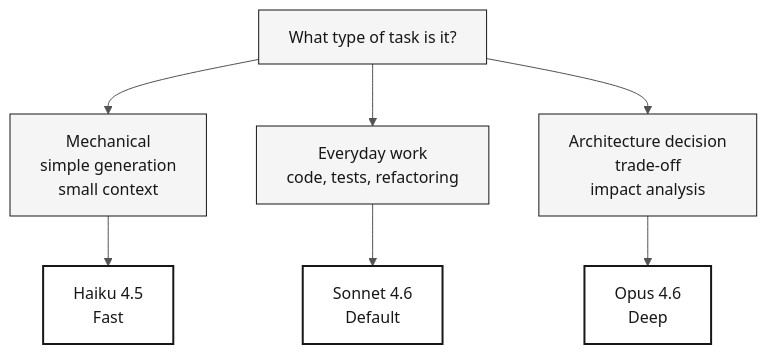
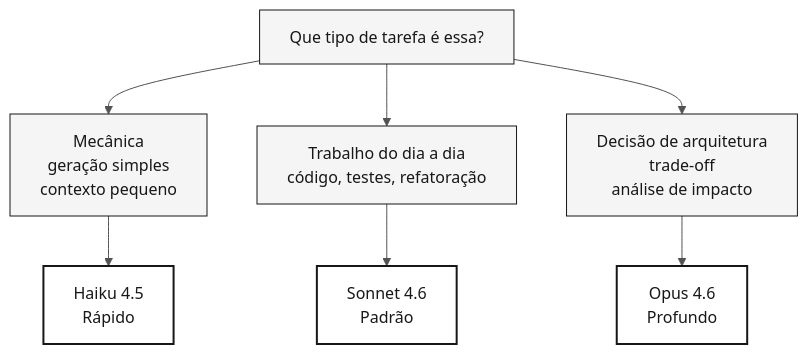
The diagram in 09-cheat-sheets/model-routing.md (paulasilvatech/datacorp-sifap-team-kit-pt-br), drawn with Mermaid before and after one commit. The commit also changed other lines of this file and 361 other files, not shown here.

````diff
--- a/09-cheat-sheets/model-routing.md
+++ b/09-cheat-sheets/model-routing.md
@@ -41,15 +41,15 @@
 ```mermaid
 %%{init: {'theme':'neutral','themeVariables':{'fontFamily':'ui-sans-serif, system-ui, sans-serif','primaryColor':'#F5F5F5','primaryTextColor':'#171717','primaryBorderColor':'#171717','lineColor':'#525252','secondaryColor':'#FFFFFF','tertiaryColor':'#FAFAFA','background':'#FFFFFF'}}}%%
 flowchart TB
     classDef step fill:#F5F5F5,stroke:#171717,color:#171717
     classDef result fill:#FFFFFF,stroke:#171717,color:#171717,stroke-width:2px
 
-    Q["What type of task is it?"]:::step
-    Q --> M["Mechanical<br/>simple generation<br/>small context"]:::step
-    Q --> D["Everyday work<br/>code, tests, refactoring"]:::step
-    Q --> A["Architecture decision<br/>trade-off<br/>impact analysis"]:::step
+    Q["Que tipo de tarefa é essa?"]:::step
+    Q --> M["Mecânica<br/>geração simples<br/>contexto pequeno"]:::step
+    Q --> D["Trabalho do dia a dia<br/>código, testes, refatoração"]:::step
+    Q --> A["Decisão de arquitetura<br/>trade-off<br/>análise de impacto"]:::step
 
-    M --> Haiku["Haiku 4.5<br/>Fast"]:::result
-    D --> Sonnet["Sonnet 4.6<br/>Default"]:::result
-    A --> Opus["Opus 4.6<br/>Deep"]:::result
+    M --> Haiku["Haiku 4.5<br/>Rápido"]:::result
+    D --> Sonnet["Sonnet 4.6<br/>Padrão"]:::result
+    A --> Opus["Opus 4.6<br/>Profundo"]:::result
 ```
````
